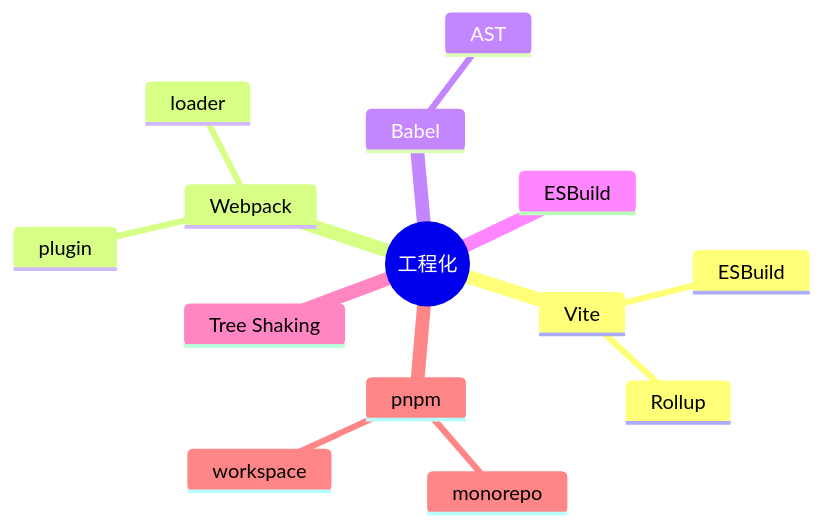
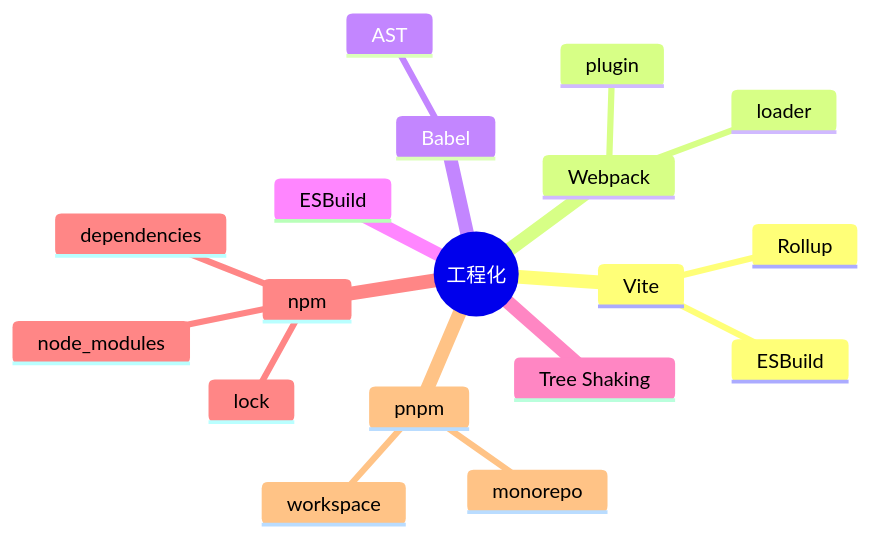
One commit to zjh42139/interview-notes changed the diagram in docs/工程化/index.md. Above: the diagram before and after it, drawn with Mermaid. The commit also changed other lines of this file and 14 other files, not shown here.

````diff
--- a/docs/工程化/index.md
+++ b/docs/工程化/index.md
@@ -17,17 +17,21 @@
 ```mermaid
 mindmap
   root((工程化))
     Vite
       ESBuild
       Rollup
     Webpack
       loader
       plugin
     Babel
       AST
     ESBuild
     Tree Shaking
+    npm
+      dependencies
+      lock
+      node_modules
     pnpm
       workspace
       monorepo
 ```
````
